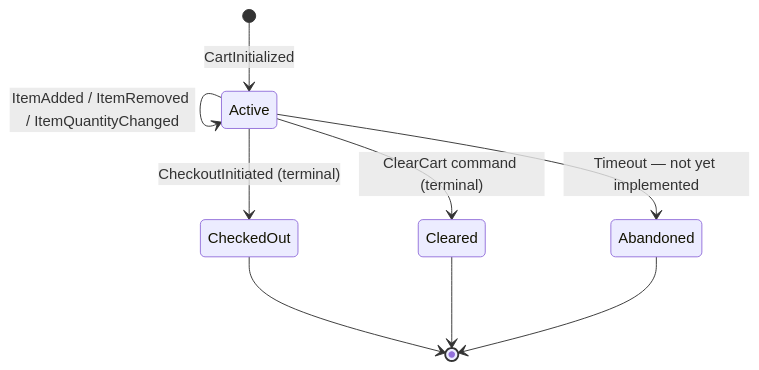
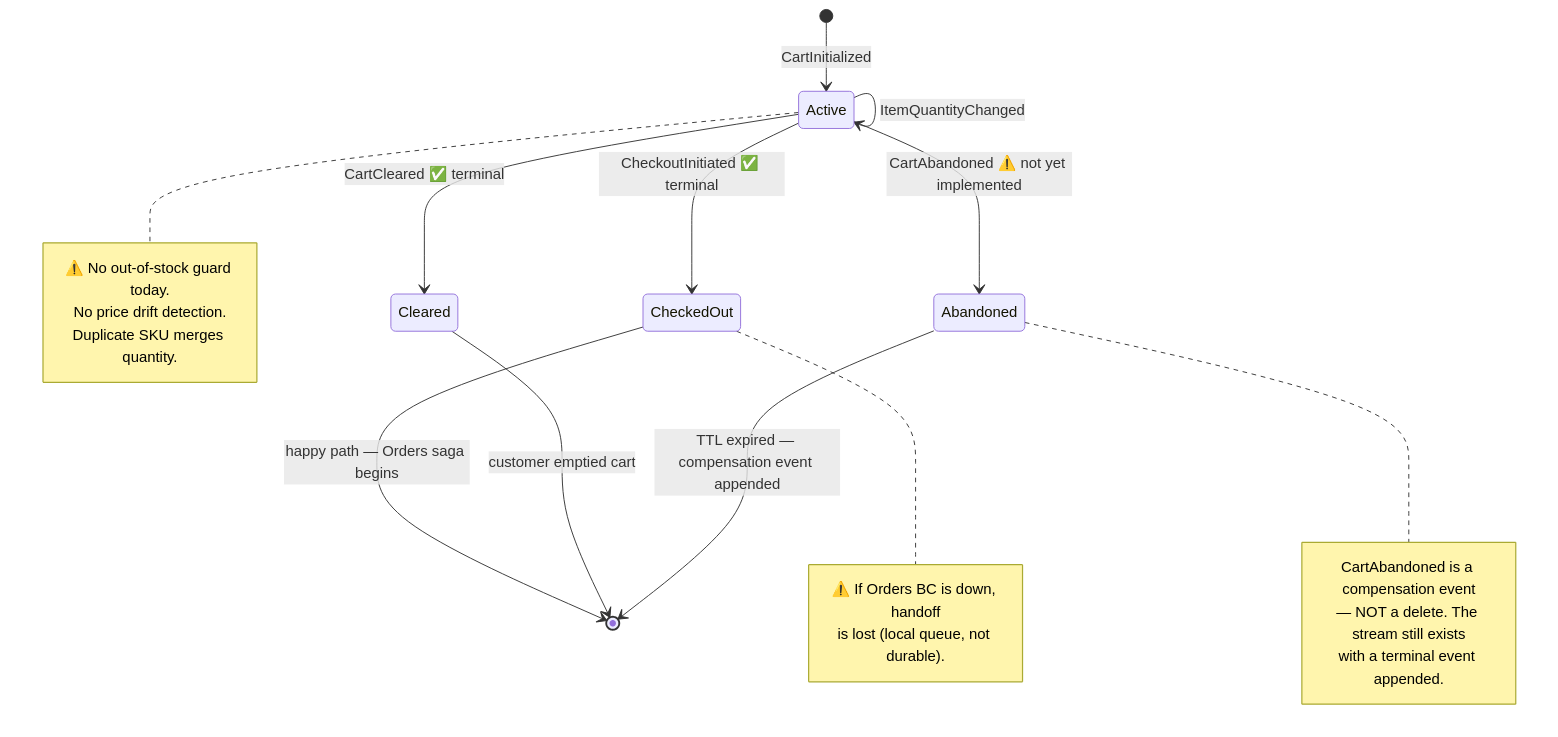
The first of 8 diagrams in src/Shopping/Shopping.Api/README.md (erikshafer/CritterSupply), drawn with Mermaid before and after one commit. The commit also changed other lines of this file and 7 other files, not shown here.

Commit message:
docs: enhance BC READMEs with off-path flows, compensation events, and PO discussion questions

````diff
--- a/src/Shopping/Shopping.Api/README.md
+++ b/src/Shopping/Shopping.Api/README.md
@@ -29,11 +31,31 @@
 ```mermaid
 stateDiagram-v2
     [*] --> Active : CartInitialized
-    Active --> Active : ItemAdded / ItemRemoved / ItemQuantityChanged
-    Active --> CheckedOut : CheckoutInitiated (terminal)
-    Active --> Cleared : ClearCart command (terminal)
-    Active --> Abandoned : Timeout — not yet implemented
-    CheckedOut --> [*]
-    Cleared --> [*]
-    Abandoned --> [*]
+
+    Active --> Active : ItemAdded
+    Active --> Active : ItemRemoved
+    Active --> Active : ItemQuantityChanged
+
+    Active --> CheckedOut : CheckoutInitiated ✅ terminal
+    Active --> Cleared : CartCleared ✅ terminal
+    Active --> Abandoned : CartAbandoned ⚠️ not yet implemented
+
+    CheckedOut --> [*] : happy path — Orders saga begins
+    Cleared --> [*] : customer emptied cart
+    Abandoned --> [*] : TTL expired — compensation event appended
+
+    note right of Active
+        ⚠️ No out-of-stock guard today.
+        No price drift detection.
+        Duplicate SKU merges quantity.
+    end note
+    note right of CheckedOut
+        ⚠️ If Orders BC is down, handoff
+        is lost (local queue, not durable).
+    end note
+    note right of Abandoned
+        CartAbandoned is a compensation event
+        — NOT a delete. The stream still exists
+        with a terminal event appended.
+    end note
 ```
````
